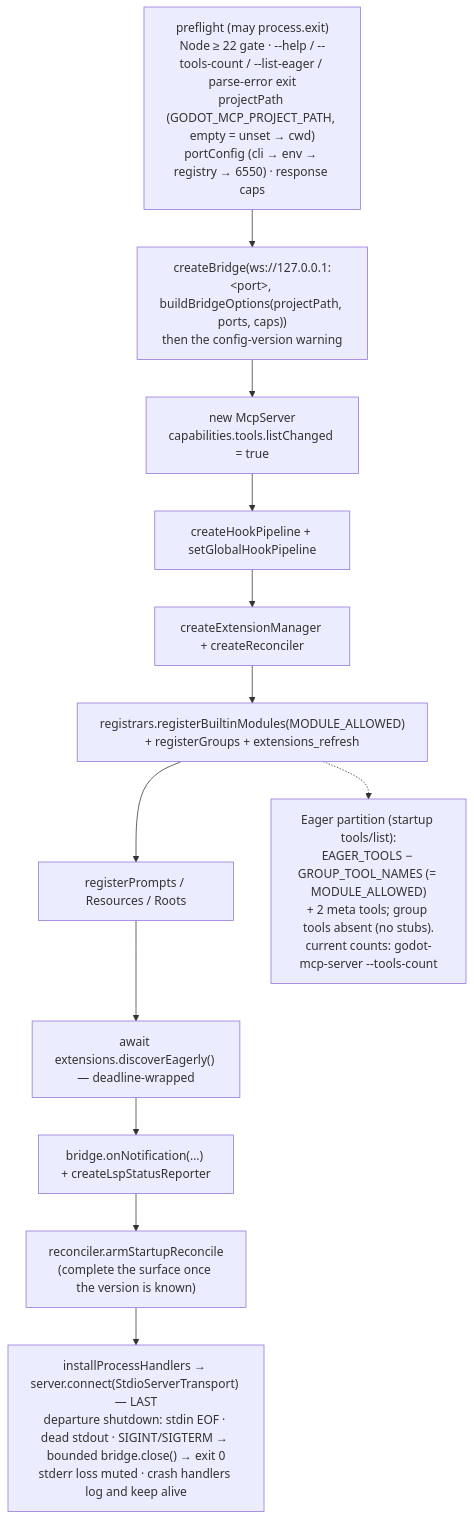
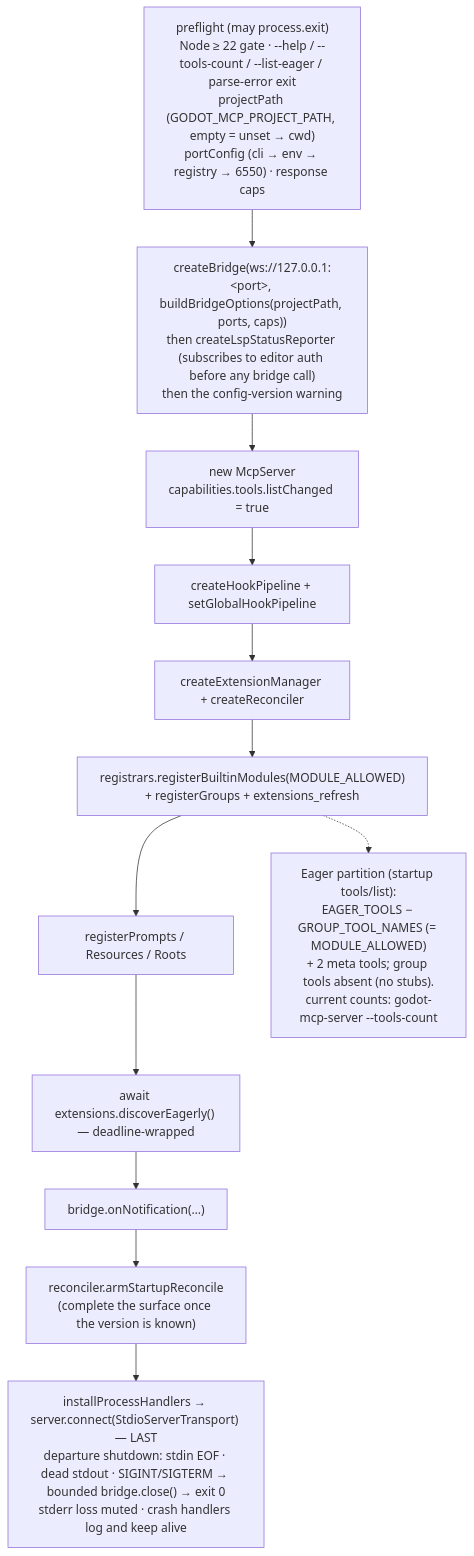
One commit to NPGameDev/godot-mcp-server changed the third of 13 diagrams in docs/architecture/README.md. Above: the diagram before and after it, drawn with Mermaid. The commit also changed other lines of this file, not shown here.

First line of the commit message:
docs(arch): re-attest the sections the reporter's earlier start touched

````diff
--- a/docs/architecture/README.md
+++ b/docs/architecture/README.md
@@ -215,17 +212,17 @@
 ```mermaid
 flowchart TD
     pre["preflight (may process.exit)<br/>Node ≥ 22 gate · --help / --tools-count / --list-eager / parse-error exit<br/>projectPath (GODOT_MCP_PROJECT_PATH, empty = unset → cwd)<br/>portConfig (cli → env → registry → 6550) · response caps"]
-    bridge["createBridge(ws://127.0.0.1:&lt;port&gt;, buildBridgeOptions(projectPath, ports, caps))<br/>then the config-version warning"]
+    bridge["createBridge(ws://127.0.0.1:&lt;port&gt;, buildBridgeOptions(projectPath, ports, caps))<br/>then createLspStatusReporter (subscribes to editor auth before any bridge call)<br/>then the config-version warning"]
     srv["new McpServer<br/>capabilities.tools.listChanged = true"]
     hooks["createHookPipeline + setGlobalHookPipeline"]
     subsys["createExtensionManager + createReconciler"]
     reg["registrars.registerBuiltinModules(MODULE_ALLOWED)<br/>+ registerGroups + extensions_refresh"]
     mcpcap["registerPrompts / Resources / Roots"]
     eager["await extensions.discoverEagerly() — deadline-wrapped"]
-    notif["bridge.onNotification(…) + createLspStatusReporter"]
+    notif["bridge.onNotification(…)"]
     recon["reconciler.armStartupReconcile<br/>(complete the surface once the version is known)"]
     conn["installProcessHandlers → server.connect(StdioServerTransport) — LAST<br/>departure shutdown: stdin EOF · dead stdout · SIGINT/SIGTERM → bounded bridge.close() → exit 0<br/>stderr loss muted · crash handlers log and keep alive"]
     pre --> bridge --> srv --> hooks --> subsys --> reg --> mcpcap --> eager --> notif --> recon --> conn
     part["Eager partition (startup tools/list):<br/>EAGER_TOOLS − GROUP_TOOL_NAMES (= MODULE_ALLOWED)<br/>+ 2 meta tools; group tools absent (no stubs).<br/>current counts: godot-mcp-server --tools-count"]
     reg -.-> part
 ```
````
